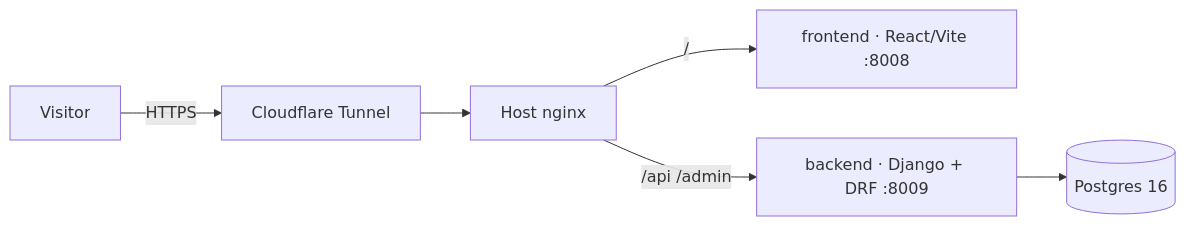
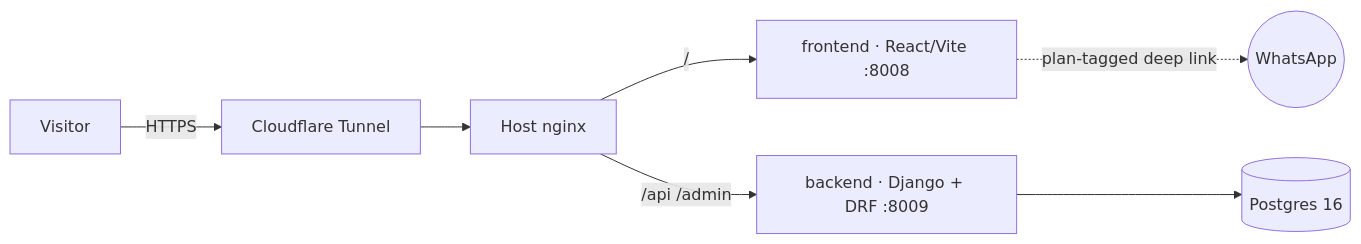
The diagram in README.md (ShimonNavon/simon-host), drawn with Mermaid before and after one commit. The commit also changed other lines of this file and 17 other files, not shown here.

````diff
--- a/README.md
+++ b/README.md
@@ -18,7 +21,8 @@
 ```mermaid
 flowchart LR
     U[Visitor] -->|HTTPS| CF[Cloudflare Tunnel] --> N[Host nginx]
     N -->|/| F[frontend · React/Vite :8008]
     N -->|/api /admin| B[backend · Django + DRF :8009]
     B --> P[(Postgres 16)]
+    F -.->|plan-tagged deep link| W((WhatsApp))
 ```
````
